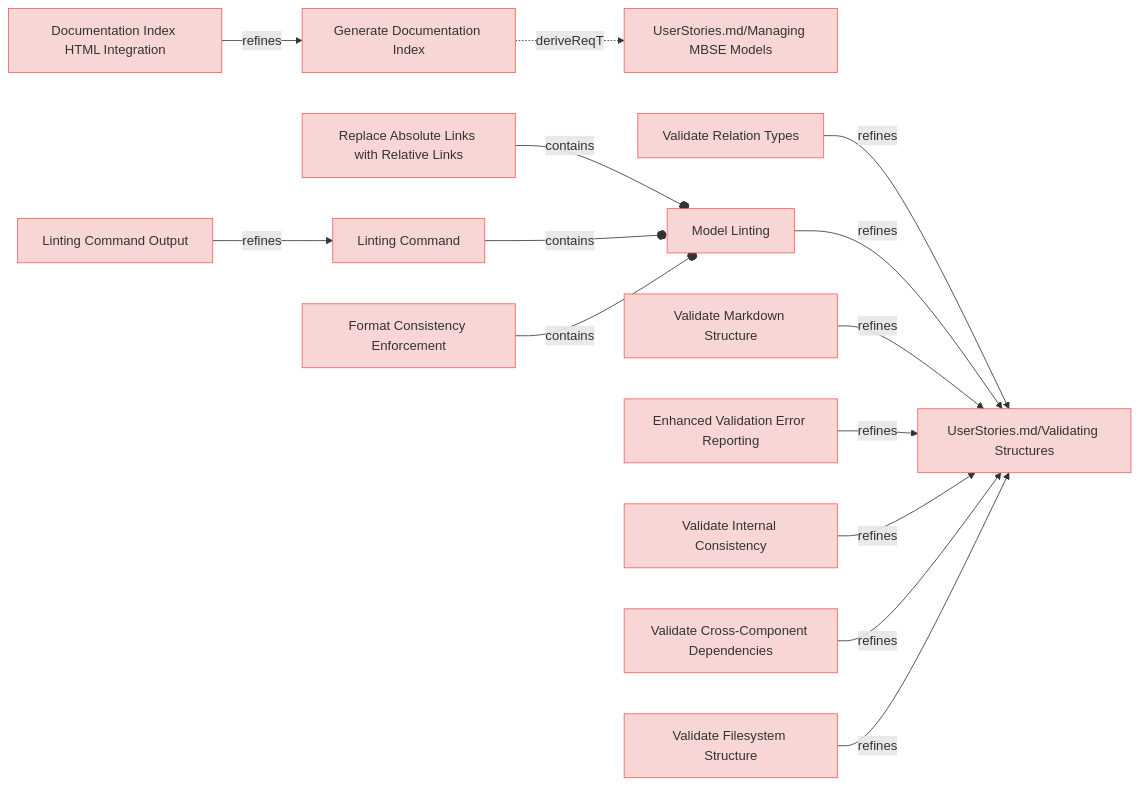
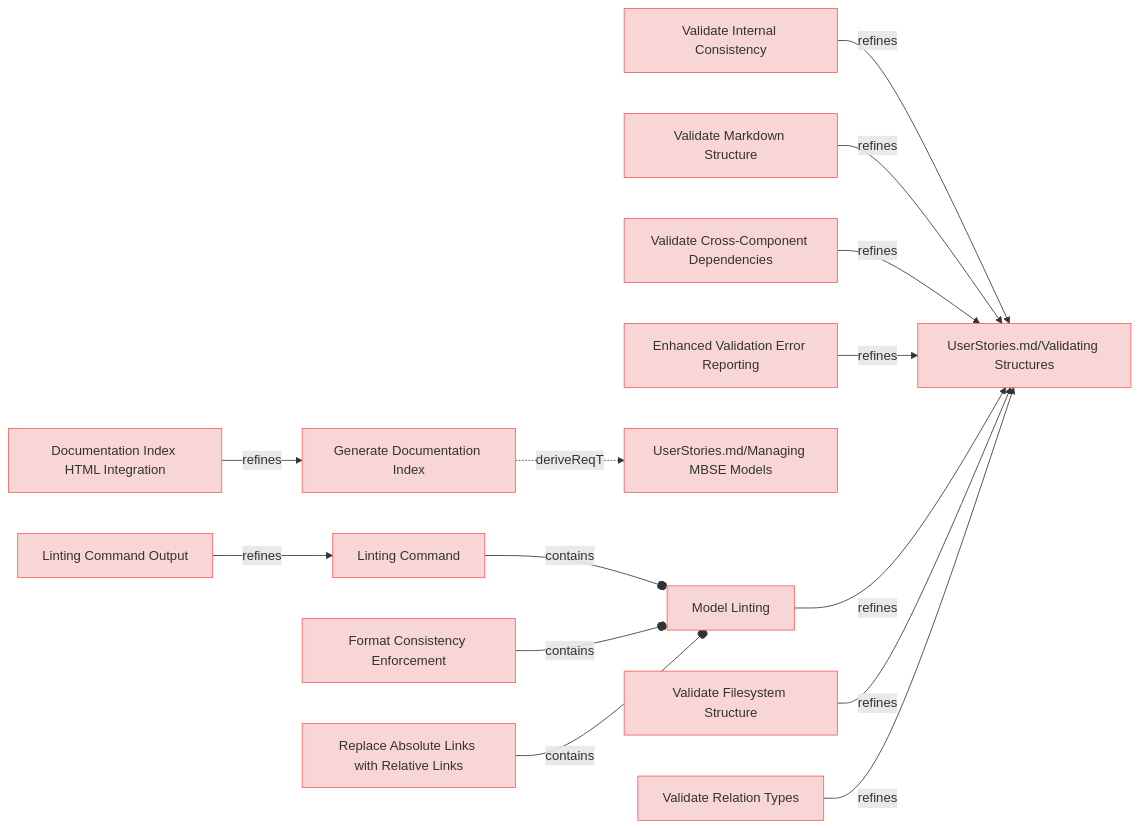
One commit to reqvire-org/reqvire changed the third of 9 diagrams in specifications/UserRequirements.md. Above: the diagram before and after it, drawn with Mermaid. The commit also changed other lines of this file and 56 other files, not shown here.

````diff
--- a/specifications/UserRequirements.md
+++ b/specifications/UserRequirements.md
@@ -147,67 +147,67 @@
 ```mermaid
 graph LR;
   %% Graph styling
   classDef requirement fill:#f9d6d6,stroke:#f55f5f,stroke-width:1px;
   classDef verification fill:#d6f9d6,stroke:#5fd75f,stroke-width:1px;
   classDef externalLink fill:#d0e0ff,stroke:#3080ff,stroke-width:1px;
   classDef default fill:#f5f5f5,stroke:#333333,stroke-width:1px;
 
+  9e524ac696c43a26["Validate Internal Consistency"];
+  click 9e524ac696c43a26 "https://github.com/ilijaljubicic/ReqFlow/blob/29a17f176519a28e973567d4102beb95f41075ed/specifications/UserRequirements.md#validate-internal-consistency";
+  class 9e524ac696c43a26 requirement;
+  a60d88b6e2cb3842["UserStories.md/Validating Structures"];
+  class a60d88b6e2cb3842 requirement;
+  click a60d88b6e2cb3842 "https://github.com/ilijaljubicic/ReqFlow/blob/29a17f176519a28e973567d4102beb95f41075ed/specifications/UserStories.md#validating-structures";
+  9e524ac696c43a26 -->|refines| a60d88b6e2cb3842;
+  7b1772417b3ad5e["Validate Markdown Structure"];
+  click 7b1772417b3ad5e "https://github.com/ilijaljubicic/ReqFlow/blob/29a17f176519a28e973567d4102beb95f41075ed/specifications/UserRequirements.md#validate-markdown-structure";
+  class 7b1772417b3ad5e requirement;
+  7b1772417b3ad5e -->|refines| a60d88b6e2cb3842;
+  887a7d36caacab2b["Linting Command"];
+  click 887a7d36caacab2b "https://github.com/ilijaljubicic/ReqFlow/blob/29a17f176519a28e973567d4102beb95f41075ed/specifications/UserRequirements.md#linting-command";
+  class 887a7d36caacab2b requirement;
+  103ddb8dc3242215["Model Linting"];
+  class 103ddb8dc3242215 requirement;
+  click 103ddb8dc3242215 "https://github.com/ilijaljubicic/ReqFlow/blob/29a17f176519a28e973567d4102beb95f41075ed/specifications/UserRequirements.md#model-linting";
+  887a7d36caacab2b --o|contains| 103ddb8dc3242215;
+  6e40bf9f83a718fa["Validate Cross-Component Dependencies"];
+  click 6e40bf9f83a718fa "https://github.com/ilijaljubicic/ReqFlow/blob/29a17f176519a28e973567d4102beb95f41075ed/specifications/UserRequirements.md#validate-cross-component-dependencies";
+  class 6e40bf9f83a718fa requirement;
+  6e40bf9f83a718fa -->|refines| a60d88b6e2cb3842;
+  81758bdb22a3329d["Format Consistency Enforcement"];
+  click 81758bdb22a3329d "https://github.com/ilijaljubicic/ReqFlow/blob/29a17f176519a28e973567d4102beb95f41075ed/specifications/UserRequirements.md#format-consistency-enforcement";
+  class 81758bdb22a3329d requirement;
+  81758bdb22a3329d --o|contains| 103ddb8dc3242215;
   f5b5eaeb28c5a7b1["Generate Documentation Index"];
-  click f5b5eaeb28c5a7b1 "https://github.com/ilijaljubicic/ReqFlow/blob/a94231473c9a4a56fe21608ebd13787e0cc3f2dc/specifications/UserRequirements.md#generate-documentation-index";
+  click f5b5eaeb28c5a7b1 "https://github.com/ilijaljubicic/ReqFlow/blob/29a17f176519a28e973567d4102beb95f41075ed/specifications/UserRequirements.md#generate-documentation-index";
   class f5b5eaeb28c5a7b1 requirement;
   852dea6cfecb47f5["UserStories.md/Managing MBSE Models"];
   class 852dea6cfecb47f5 requirement;
-  click 852dea6cfecb47f5 "https://github.com/ilijaljubicic/ReqFlow/blob/a94231473c9a4a56fe21608ebd13787e0cc3f2dc/specifications/UserStories.md#managing-mbse-models";
+  click 852dea6cfecb47f5 "https://github.com/ilijaljubicic/ReqFlow/blob/29a17f176519a28e973567d4102beb95f41075ed/specifications/UserStories.md#managing-mbse-models";
   f5b5eaeb28c5a7b1 -.->|deriveReqT| 852dea6cfecb47f5;
-  e1c89b5d94837122["Documentation Index HTML Integration"];
-  click e1c89b5d94837122 "https://github.com/ilijaljubicic/ReqFlow/blob/a94231473c9a4a56fe21608ebd13787e0cc3f2dc/specifications/UserRequirements.md#documentation-index-html-integration";
-  class e1c89b5d94837122 requirement;
-  e1c89b5d94837122 -->|refines| f5b5eaeb28c5a7b1;
-  e587d63764466914["Validate Relation Types"];
-  click e587d63764466914 "https://github.com/ilijaljubicic/ReqFlow/blob/a94231473c9a4a56fe21608ebd13787e0cc3f2dc/specifications/UserRequirements.md#validate-relation-types";
-  class e587d63764466914 requirement;
-  a60d88b6e2cb3842["UserStories.md/Validating Structures"];
-  class a60d88b6e2cb3842 requirement;
-  click a60d88b6e2cb3842 "https://github.com/ilijaljubicic/ReqFlow/blob/a94231473c9a4a56fe21608ebd13787e0cc3f2dc/specifications/UserStories.md#validating-structures";
-  e587d63764466914 -->|refines| a60d88b6e2cb3842;
-  103ddb8dc3242215["Model Linting"];
-  click 103ddb8dc3242215 "https://github.com/ilijaljubicic/ReqFlow/blob/a94231473c9a4a56fe21608ebd13787e0cc3f2dc/specifications/UserRequirements.md#model-linting";
-  class 103ddb8dc3242215 requirement;
-  103ddb8dc3242215 -->|refines| a60d88b6e2cb3842;
-  7b1772417b3ad5e["Validate Markdown Structure"];
-  click 7b1772417b3ad5e "https://github.com/ilijaljubicic/ReqFlow/blob/a94231473c9a4a56fe21608ebd13787e0cc3f2dc/specifications/UserRequirements.md#validate-markdown-structure";
-  class 7b1772417b3ad5e requirement;
-  7b1772417b3ad5e -->|refines| a60d88b6e2cb3842;
   7cf5cf9900076be6["Enhanced Validation Error Reporting"];
-  click 7cf5cf9900076be6 "https://github.com/ilijaljubicic/ReqFlow/blob/a94231473c9a4a56fe21608ebd13787e0cc3f2dc/specifications/UserRequirements.md#enhanced-validation-error-reporting";
+  click 7cf5cf9900076be6 "https://github.com/ilijaljubicic/ReqFlow/blob/29a17f176519a28e973567d4102beb95f41075ed/specifications/UserRequirements.md#enhanced-validation-error-reporting";
   class 7cf5cf9900076be6 requirement;
   7cf5cf9900076be6 -->|refines| a60d88b6e2cb3842;
-  9e524ac696c43a26["Validate Internal Consistency"];
-  click 9e524ac696c43a26 "https://github.com/ilijaljubicic/ReqFlow/blob/a94231473c9a4a56fe21608ebd13787e0cc3f2dc/specifications/UserRequirements.md#validate-internal-consistency";
-  class 9e524ac696c43a26 requirement;
-  9e524ac696c43a26 -->|refines| a60d88b6e2cb3842;
-  6e40bf9f83a718fa["Validate Cross-Component Dependencies"];
-  click 6e40bf9f83a718fa "https://github.com/ilijaljubicic/ReqFlow/blob/a94231473c9a4a56fe21608ebd13787e0cc3f2dc/specifications/UserRequirements.md#validate-cross-component-dependencies";
-  class 6e40bf9f83a718fa requirement;
-  6e40bf9f83a718fa -->|refines| a60d88b6e2cb3842;
-  85f6854a4607b76b["Replace Absolute Links with Relative Links"];
-  click 85f6854a4607b76b "https://github.com/ilijaljubicic/ReqFlow/blob/a94231473c9a4a56fe21608ebd13787e0cc3f2dc/specifications/UserRequirements.md#replace-absolute-links-with-relative-links";
-  class 85f6854a4607b76b requirement;
-  85f6854a4607b76b --o|contains| 103ddb8dc3242215;
+  103ddb8dc3242215 -->|refines| a60d88b6e2cb3842;
   d834cc4bc9dbb07c["Validate Filesystem Structure"];
-  click d834cc4bc9dbb07c "https://github.com/ilijaljubicic/ReqFlow/blob/a94231473c9a4a56fe21608ebd13787e0cc3f2dc/specifications/UserRequirements.md#validate-filesystem-structure";
+  click d834cc4bc9dbb07c "https://github.com/ilijaljubicic/ReqFlow/blob/29a17f176519a28e973567d4102beb95f41075ed/specifications/UserRequirements.md#validate-filesystem-structure";
   class d834cc4bc9dbb07c requirement;
   d834cc4bc9dbb07c -->|refines| a60d88b6e2cb3842;
   808b1863c88b26c4["Linting Command Output"];
-  click 808b1863c88b26c4 "https://github.com/ilijaljubicic/ReqFlow/blob/a94231473c9a4a56fe21608ebd13787e0cc3f2dc/specifications/UserRequirements.md#linting-command-output";
+  click 808b1863c88b26c4 "https://github.com/ilijaljubicic/ReqFlow/blob/29a17f176519a28e973567d4102beb95f41075ed/specifications/UserRequirements.md#linting-command-output";
   class 808b1863c88b26c4 requirement;
-  887a7d36caacab2b["Linting Command"];
-  class 887a7d36caacab2b requirement;
-  click 887a7d36caacab2b "https://github.com/ilijaljubicic/ReqFlow/blob/a94231473c9a4a56fe21608ebd13787e0cc3f2dc/specifications/UserRequirements.md#linting-command";
   808b1863c88b26c4 -->|refines| 887a7d36caacab2b;
-  887a7d36caacab2b --o|contains| 103ddb8dc3242215;
-  81758bdb22a3329d["Format Consistency Enforcement"];
-  click 81758bdb22a3329d "https://github.com/ilijaljubicic/ReqFlow/blob/a94231473c9a4a56fe21608ebd13787e0cc3f2dc/specifications/UserRequirements.md#format-consistency-enforcement";
-  class 81758bdb22a3329d requirement;
-  81758bdb22a3329d --o|contains| 103ddb8dc3242215;
+  e1c89b5d94837122["Documentation Index HTML Integration"];
+  click e1c89b5d94837122 "https://github.com/ilijaljubicic/ReqFlow/blob/29a17f176519a28e973567d4102beb95f41075ed/specifications/UserRequirements.md#documentation-index-html-integration";
+  class e1c89b5d94837122 requirement;
+  e1c89b5d94837122 -->|refines| f5b5eaeb28c5a7b1;
+  85f6854a4607b76b["Replace Absolute Links with Relative Links"];
+  click 85f6854a4607b76b "https://github.com/ilijaljubicic/ReqFlow/blob/29a17f176519a28e973567d4102beb95f41075ed/specifications/UserRequirements.md#replace-absolute-links-with-relative-links";
+  class 85f6854a4607b76b requirement;
+  85f6854a4607b76b --o|contains| 103ddb8dc3242215;
+  e587d63764466914["Validate Relation Types"];
+  click e587d63764466914 "https://github.com/ilijaljubicic/ReqFlow/blob/29a17f176519a28e973567d4102beb95f41075ed/specifications/UserRequirements.md#validate-relation-types";
+  class e587d63764466914 requirement;
+  e587d63764466914 -->|refines| a60d88b6e2cb3842;
 ```
````
